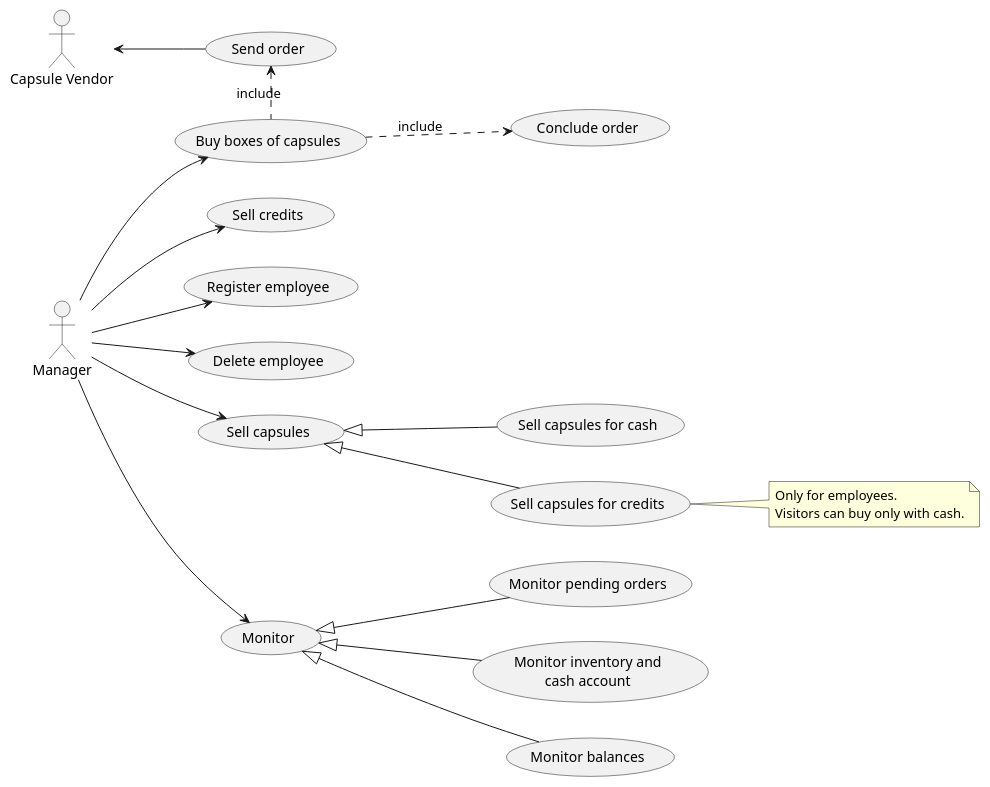
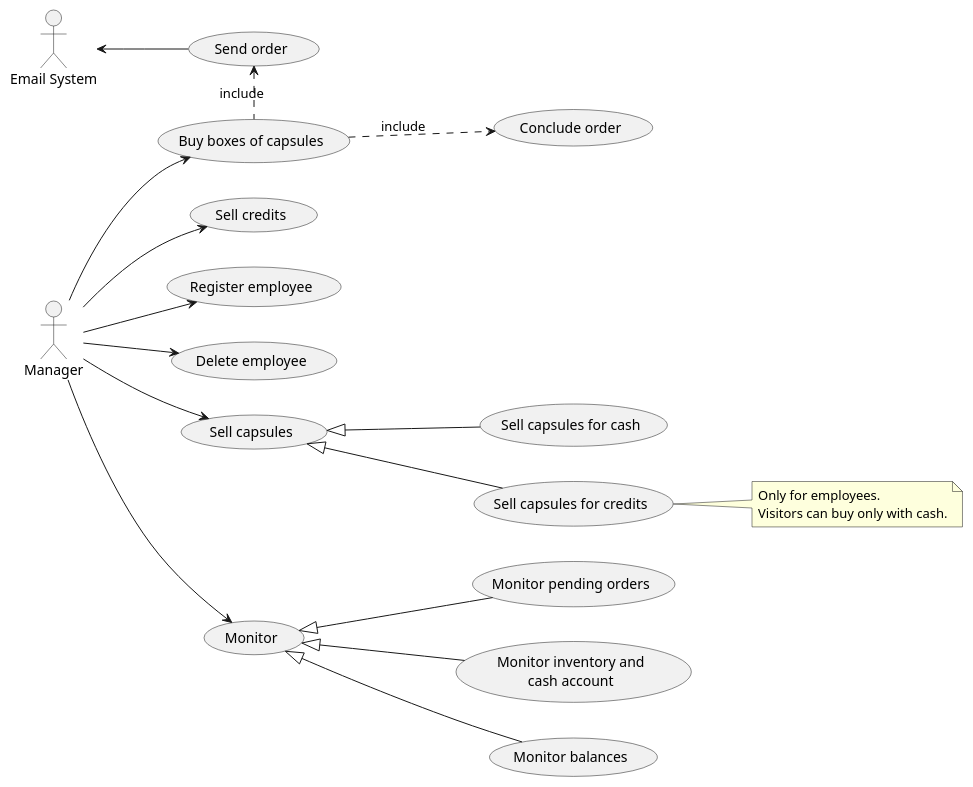
One commit to eloparco/LaTazza changed the second of 4 diagrams in requirements.md. Above: the diagram before and after it, drawn with PlantUML. The commit also changed other lines of this file, not shown here.

````diff
--- a/requirements.md
+++ b/requirements.md
@@ -150,48 +147,48 @@
 ```plantuml
 @startuml
 left to right direction
 
 :Manager: as m
-:Capsule Vendor: as ccv
+:Email System: as es
 
 together {
 	(Register employee) as re
 	(Delete employee) as de
 }
 together {
 	(Sell capsules) as sca
 	(Sell capsules for credits) as sca1
 	(Sell capsules for cash) as sca2
 }
 together {
 	(Buy boxes of capsules) as bbc
 	(Send order) as so
 	(Conclude order) as co
 }
 together {
 	(Monitor) as mo
 	(Monitor balances) as mb
 	(Monitor inventory and\ncash account) as mica
 	(Monitor pending orders) as mpo
 }
 (Sell credits) as scr
 
 m --> re
 m --> de
 m --> sca
 m --> bbc
-ccv <-- so
+es <-- so
 m --> scr
 m --> mo
 
 sca <|-- sca1
 sca <|-- sca2
 so <. bbc : include
 bbc ..> co : include
 mo <|-- mb
 mo <|-- mica
 mo <|-- mpo
 
 Note right of sca1 : Only for employees.\nVisitors can buy only with cash.
 @enduml
 ```
````
